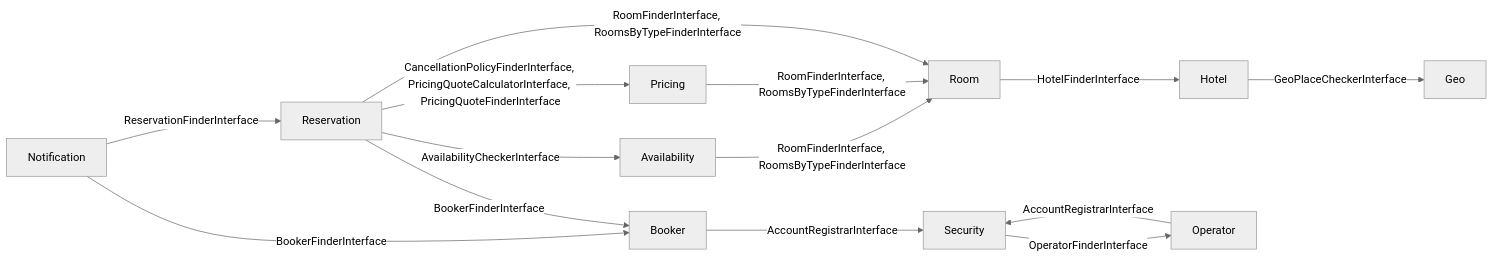
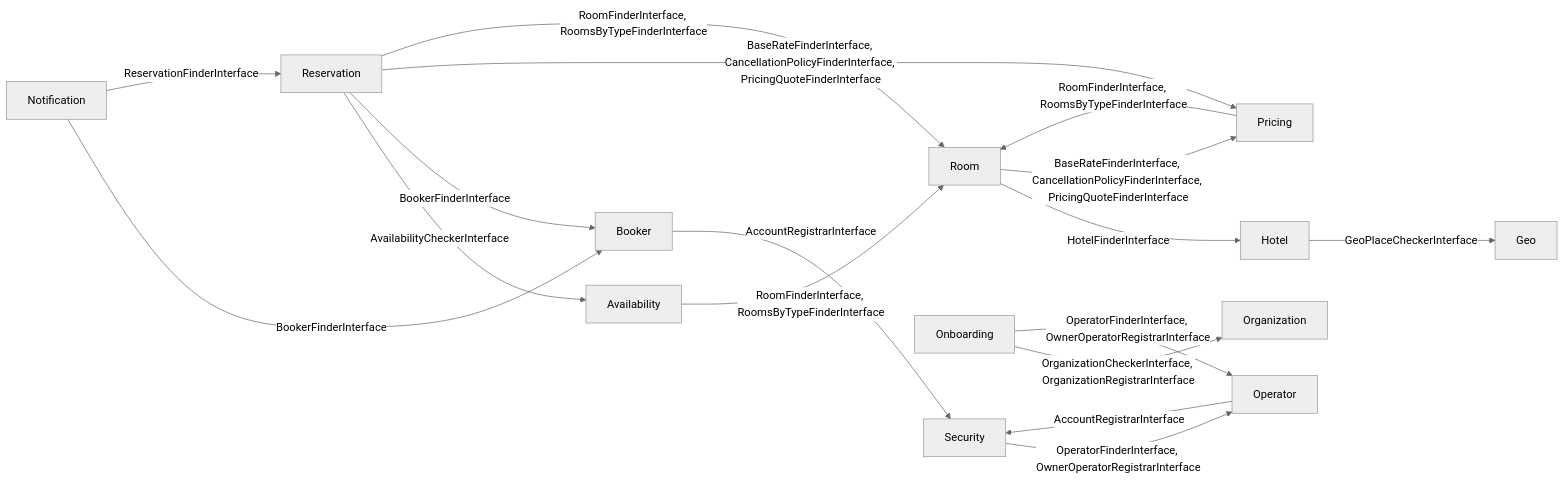
The diagram in docs/context-map.md (nicolas-canfrere/book.it), drawn with Mermaid (neutral theme) before and after one commit. The commit also changed 3 other files, not shown here.

Commit message:
fix(deptrac): remove spurious OrganizationContract from Security ruleset; regenerate contextmap

````diff
--- a/docs/context-map.md
+++ b/docs/context-map.md
@@ -5,16 +5,19 @@
 ```mermaid
 graph LR
   Availability -->|RoomFinderInterface, RoomsByTypeFinderInterface| Room
   Booker -->|AccountRegistrarInterface| Security
   Hotel -->|GeoPlaceCheckerInterface| Geo
   Notification -->|BookerFinderInterface| Booker
   Notification -->|ReservationFinderInterface| Reservation
+  Onboarding -->|OrganizationCheckerInterface, OrganizationRegistrarInterface| Organization
+  Onboarding -->|OperatorFinderInterface, OwnerOperatorRegistrarInterface| Operator
   Operator -->|AccountRegistrarInterface| Security
   Pricing -->|RoomFinderInterface, RoomsByTypeFinderInterface| Room
   Reservation -->|AvailabilityCheckerInterface| Availability
   Reservation -->|BookerFinderInterface| Booker
-  Reservation -->|CancellationPolicyFinderInterface, PricingQuoteCalculatorInterface, PricingQuoteFinderInterface| Pricing
+  Reservation -->|BaseRateFinderInterface, CancellationPolicyFinderInterface, PricingQuoteFinderInterface| Pricing
   Reservation -->|RoomFinderInterface, RoomsByTypeFinderInterface| Room
   Room -->|HotelFinderInterface| Hotel
-  Security -->|OperatorFinderInterface| Operator
+  Room -->|BaseRateFinderInterface, CancellationPolicyFinderInterface, PricingQuoteFinderInterface| Pricing
+  Security -->|OperatorFinderInterface, OwnerOperatorRegistrarInterface| Operator
 ```
````
